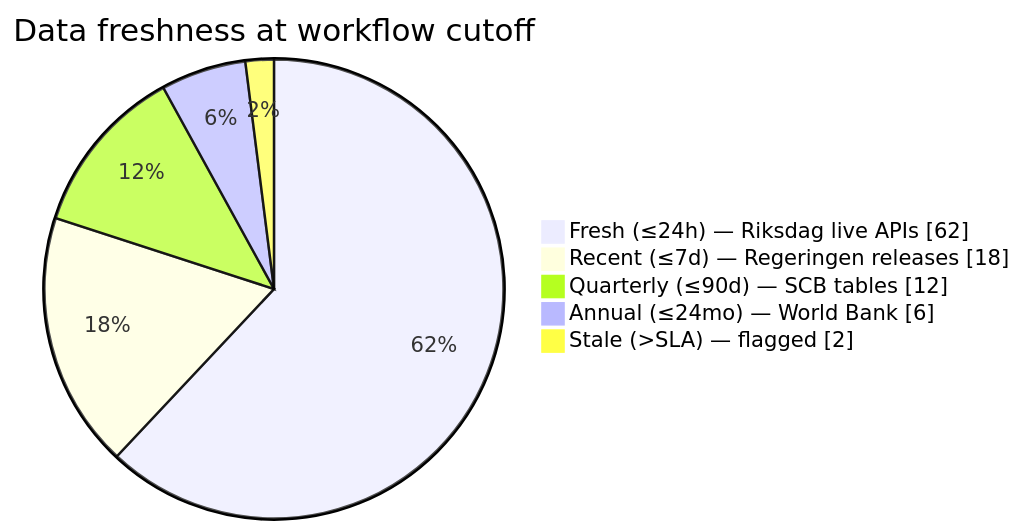
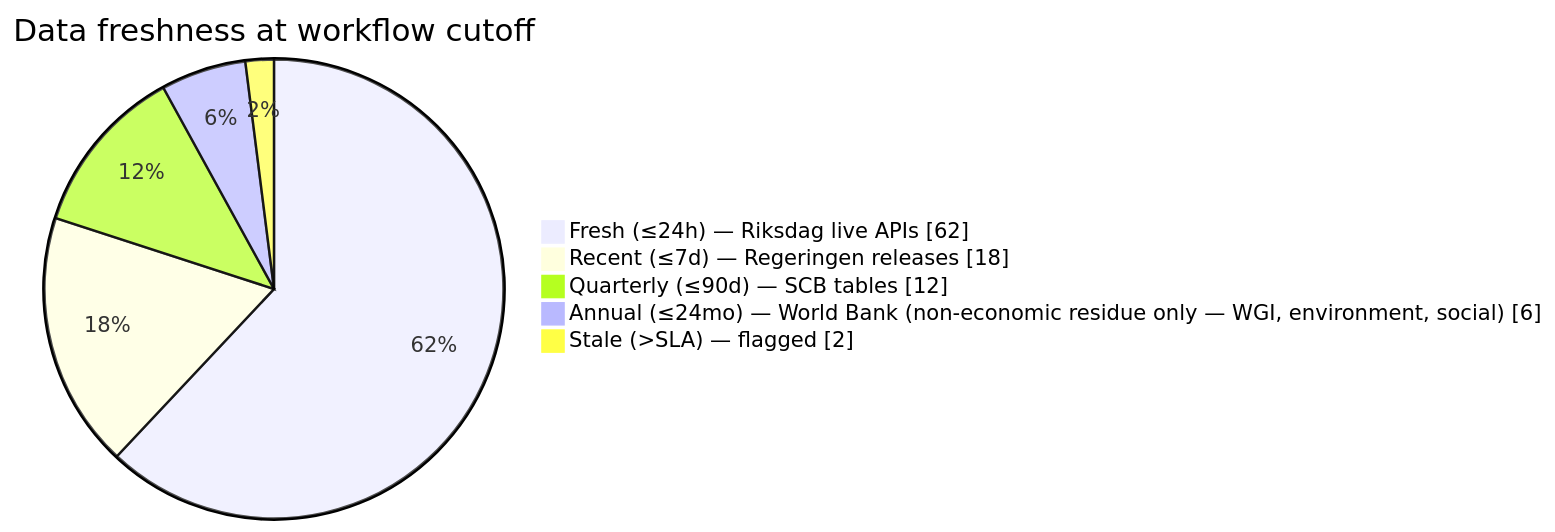
The second of 4 diagrams in analysis/methodologies/structural-metadata-methodology.md (Hack23/riksdagsmonitor), drawn with Mermaid before and after one commit. The commit also changed other lines of this file and 16 other files, not shown here.

````diff
--- a/analysis/methodologies/structural-metadata-methodology.md
+++ b/analysis/methodologies/structural-metadata-methodology.md
@@ -98,9 +100,9 @@
 ```mermaid
 pie showData
     title Data freshness at workflow cutoff
     "Fresh (≤24h) — Riksdag live APIs" : 62
     "Recent (≤7d) — Regeringen releases" : 18
     "Quarterly (≤90d) — SCB tables" : 12
-    "Annual (≤24mo) — World Bank" : 6
+    "Annual (≤24mo) — World Bank (non-economic residue only — WGI, environment, social)" : 6
     "Stale (>SLA) — flagged" : 2
 ```
````
